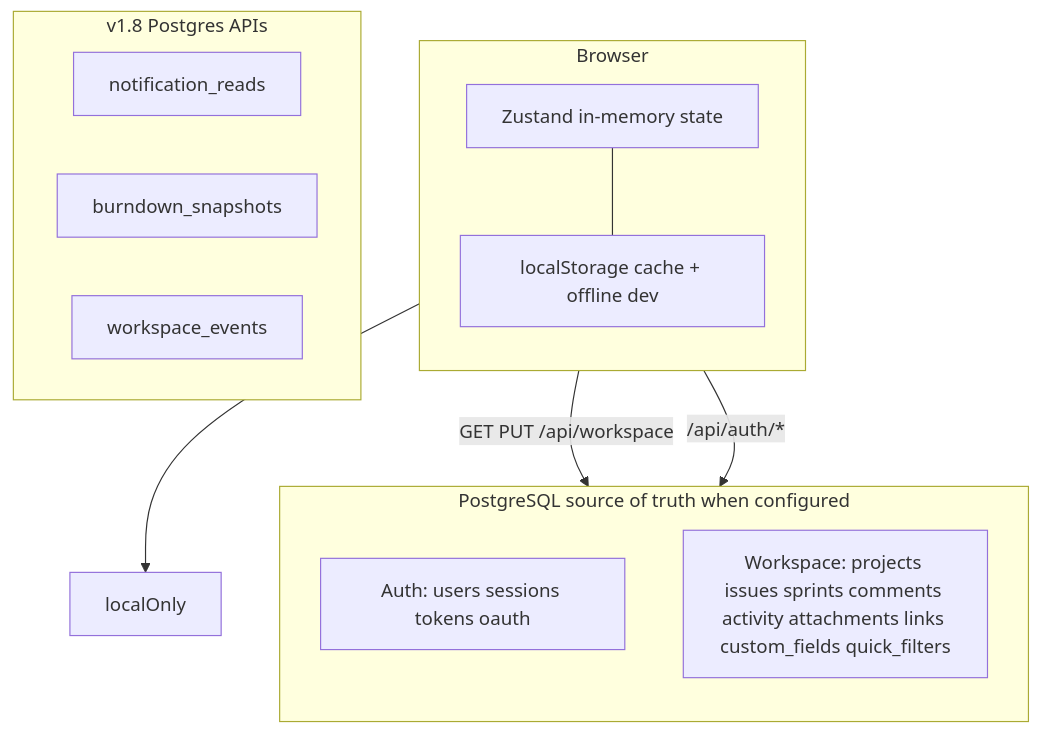
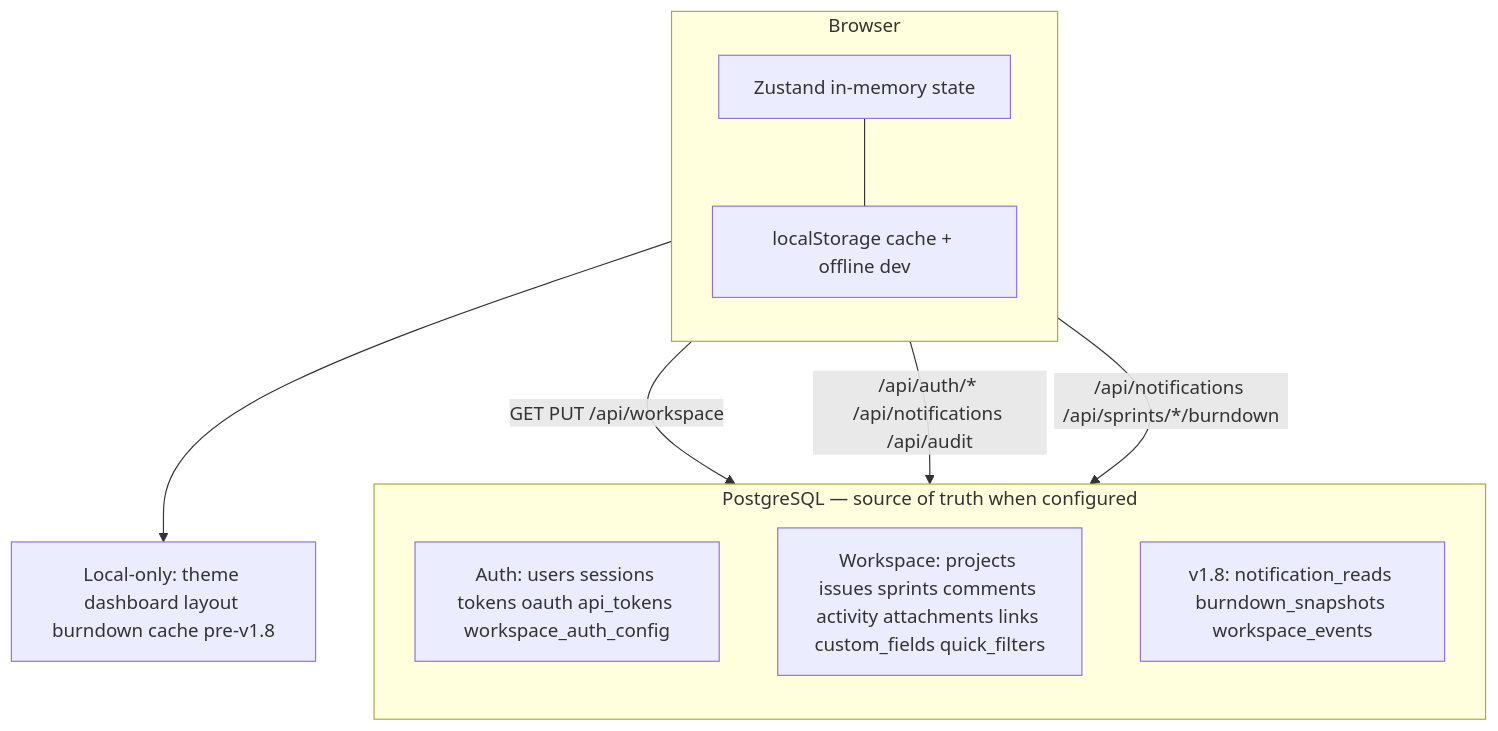
The seventh of 10 diagrams in docs/ARCHITECTURE.md (taiphan/jupiter), drawn with Mermaid before and after one commit. The commit also changed other lines of this file and 8 other files, not shown here.

````diff
--- a/docs/ARCHITECTURE.md
+++ b/docs/ARCHITECTURE.md
@@ -211,25 +362,21 @@
 ```mermaid
 flowchart TB
   subgraph browser [Browser]
     direction TB
     Z[Zustand in-memory state]
     L[localStorage cache + offline dev]
     Z --- L
   end
 
-  subgraph postgres [PostgreSQL source of truth when configured]
+  subgraph postgres [PostgreSQL — source of truth when configured]
     direction TB
-    A[Auth: users sessions tokens oauth]
+    A[Auth: users sessions tokens oauth api_tokens workspace_auth_config]
     W[Workspace: projects issues sprints comments activity attachments links custom_fields quick_filters]
-  end
-
-  subgraph v18 [v1.8 Postgres APIs]
-    NR2[notification_reads]
-    BD2[burndown_snapshots]
-    WE[workspace_events]
+    P[v1.8: notification_reads burndown_snapshots workspace_events]
   end
 
   browser -->|GET PUT /api/workspace| W
-  browser -->|/api/auth/*| A
-  browser --> localOnly
+  browser -->|/api/auth/* /api/notifications /api/audit| A
+  browser -->|/api/notifications /api/sprints/*/burndown| P
+  browser --> localOnly[Local-only: theme dashboard layout burndown cache pre-v1.8]
 ```
````
